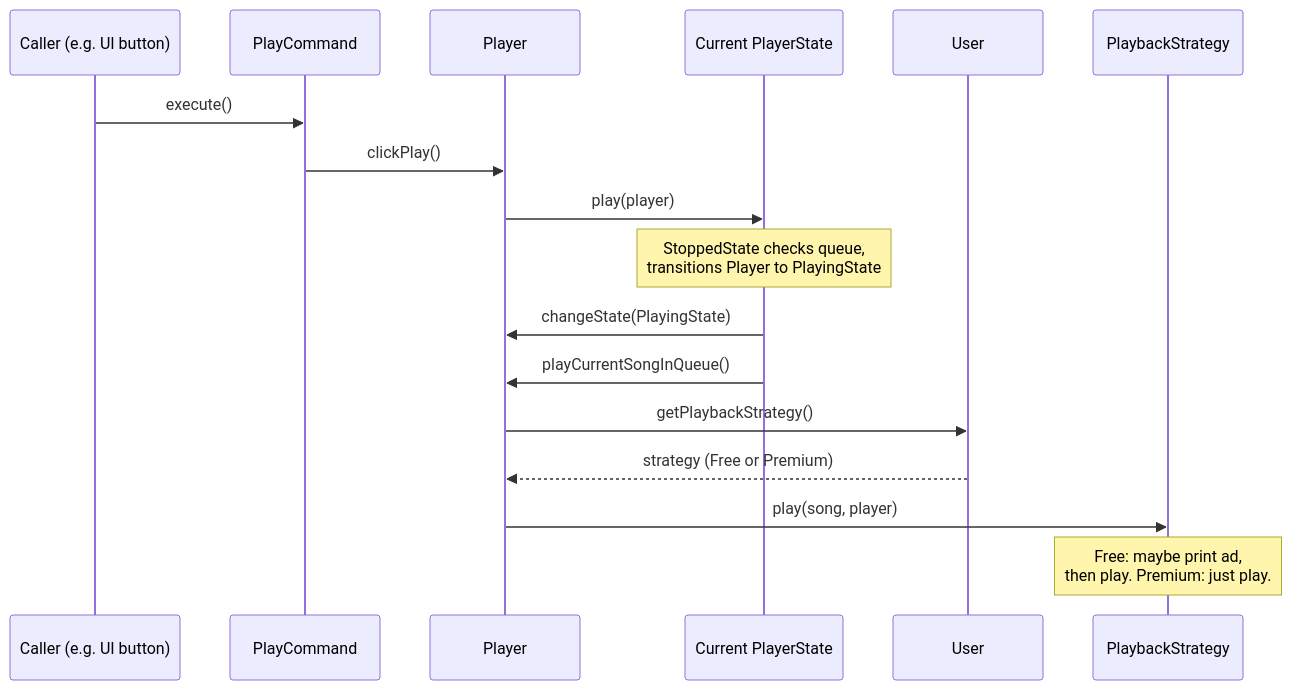
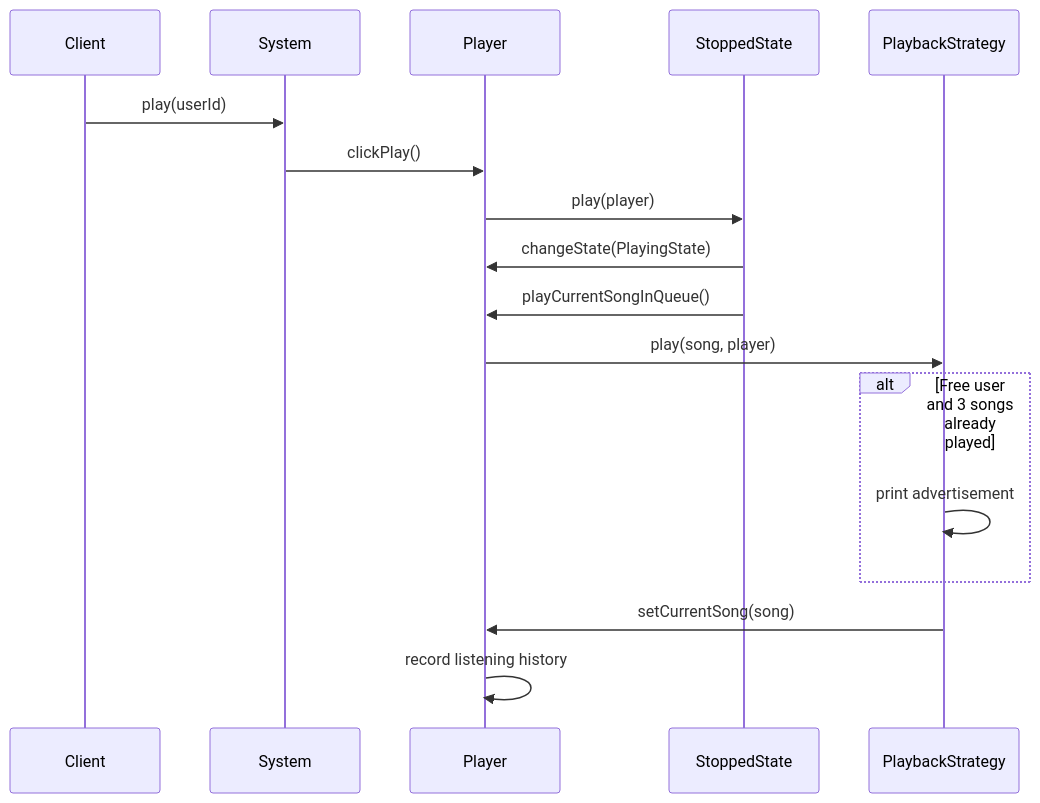
The fourth of 7 diagrams in solutions/java/src/musicstreamingservice/music-streaming-system-lld-interview.md (bhargavtenali/awesome-low-level-design), drawn with Mermaid before and after one commit. The commit also changed other lines of this file and 15 other files, not shown here.

````diff
--- a/solutions/java/src/musicstreamingservice/music-streaming-system-lld-interview.md
+++ b/solutions/java/src/musicstreamingservice/music-streaming-system-lld-interview.md
@@ -269,20 +187,19 @@
 ```mermaid
 sequenceDiagram
-    participant UI as Caller (e.g. UI button)
-    participant Cmd as PlayCommand
+    participant C as Client
+    participant S as System
     participant P as Player
-    participant St as Current PlayerState
-    participant U as User
-    participant Strat as PlaybackStrategy
-
-    UI->>Cmd: execute()
-    Cmd->>P: clickPlay()
-    P->>St: play(player)
-    Note over St: StoppedState checks queue,<br/>transitions Player to PlayingState
-    St->>P: changeState(PlayingState)
-    St->>P: playCurrentSongInQueue()
-    P->>U: getPlaybackStrategy()
-    U-->>P: strategy (Free or Premium)
-    P->>Strat: play(song, player)
-    Note over Strat: Free: maybe print ad,<br/>then play. Premium: just play.
+    participant ST as StoppedState
+    participant PS as PlaybackStrategy
+    C->>S: play(userId)
+    S->>P: clickPlay()
+    P->>ST: play(player)
+    ST->>P: changeState(PlayingState)
+    ST->>P: playCurrentSongInQueue()
+    P->>PS: play(song, player)
+    alt Free user and 3 songs already played
+        PS->>PS: print advertisement
+    end
+    PS->>P: setCurrentSong(song)
+    P->>P: record listening history
 ```
````
